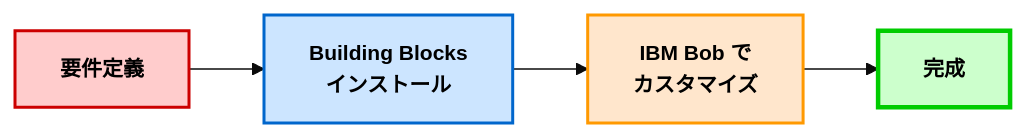
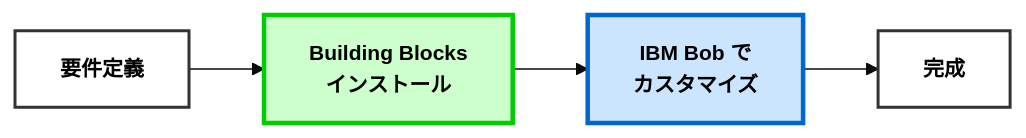
The second of 2 diagrams in docs/index.md (mukoubuchi/vector-search-hands-on), drawn with Mermaid before and after one commit. The commit also changed other lines of this file and 1 other file, not shown here.

First line of the commit message:
docs: 図のスタイル変更（BBを緑、Bobを青に）

````diff
--- a/docs/index.md
+++ b/docs/index.md
@@ -43,15 +42,14 @@
 ```mermaid
 %%{init: {'theme':'base', 'themeVariables': { 'fontSize':'14px'}}}%%
 graph LR
-    m1["<b>要件定義</b>"]:::tradBox
+    m1["<b>要件定義</b>"]:::defaultBox
     m2["<b>Building Blocks<br/>インストール</b>"]:::bbBox
     m3["<b>IBM Bob で<br/>カスタマイズ</b>"]:::bobBox
-    m4["<b>完成</b>"]:::completeBox
+    m4["<b>完成</b>"]:::defaultBox
     
     m1 --> m2 --> m3 --> m4
     
-    classDef tradBox fill:#ffcccc,stroke:#cc0000,stroke-width:2px,color:#000
-    classDef bbBox fill:#cce5ff,stroke:#0066cc,stroke-width:2px,color:#000
-    classDef bobBox fill:#ffe6cc,stroke:#ff9900,stroke-width:2px,color:#000
-    classDef completeBox fill:#ccffcc,stroke:#00cc00,stroke-width:3px,color:#000,font-weight:bold
+    classDef defaultBox fill:#fff,stroke:#333,stroke-width:2px,color:#000
+    classDef bbBox fill:#ccffcc,stroke:#00cc00,stroke-width:3px,color:#000,font-weight:bold
+    classDef bobBox fill:#cce5ff,stroke:#0066cc,stroke-width:3px,color:#000,font-weight:bold
 ```
````
